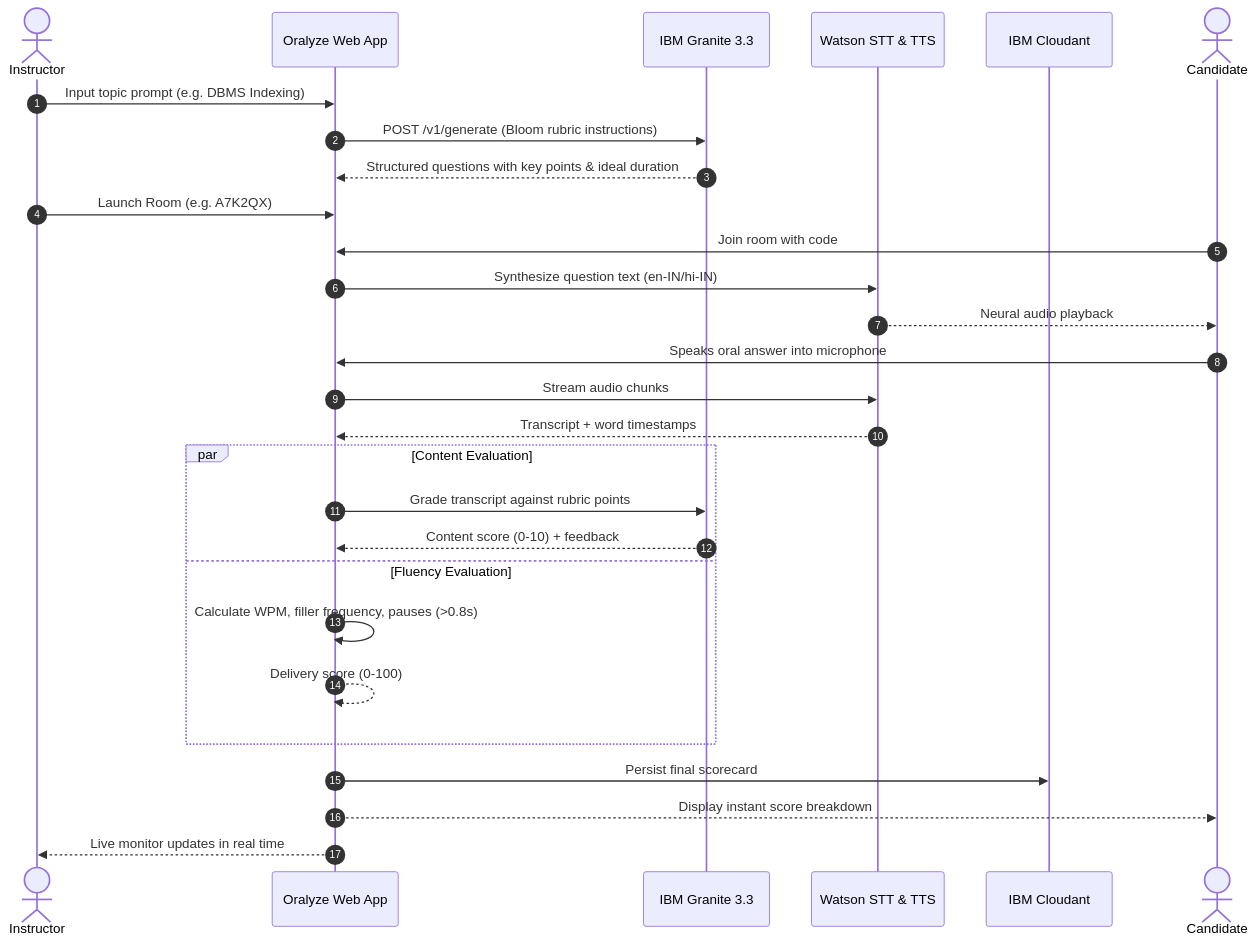
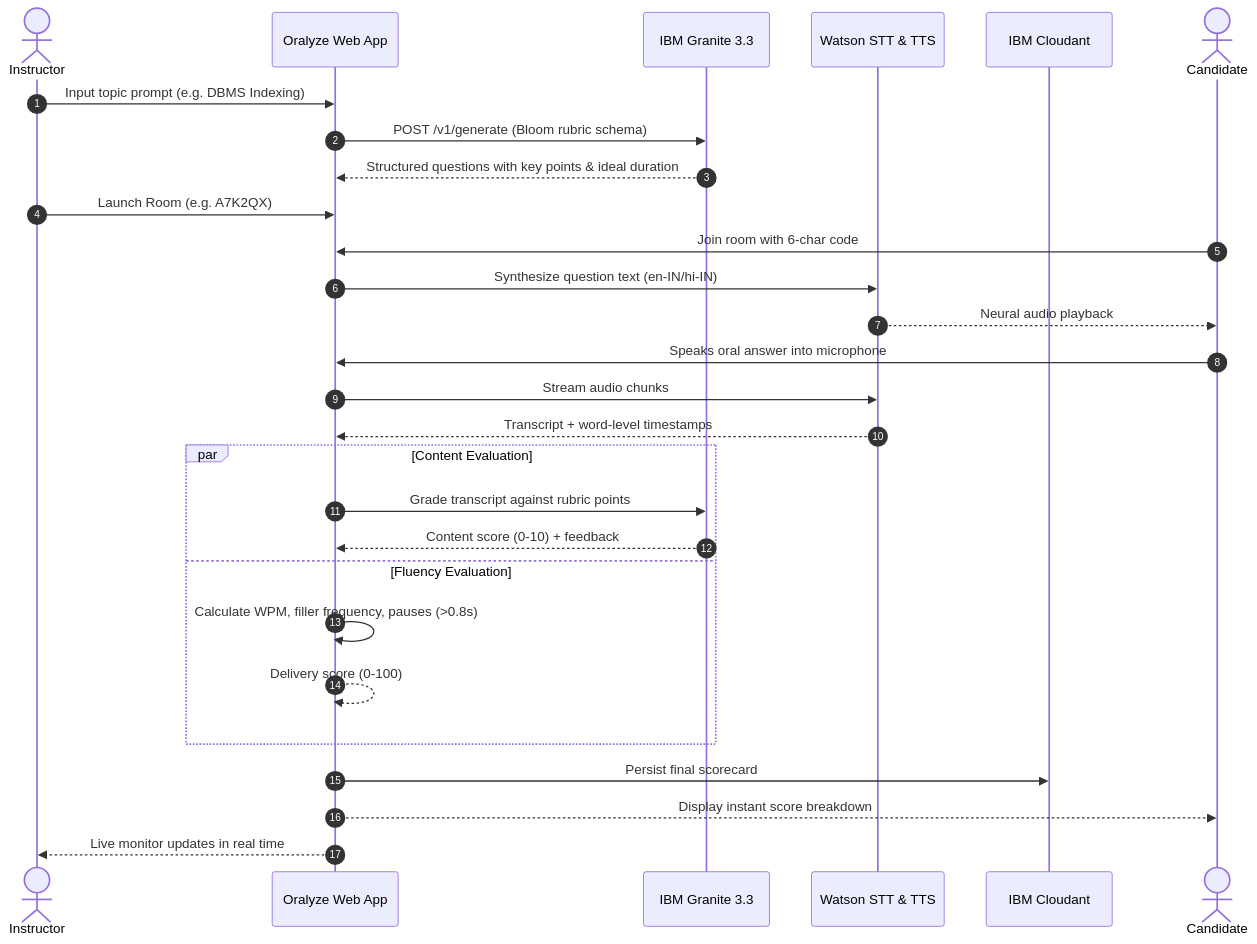
One commit to harshadabarsagade/Oralyze changed the second of 2 diagrams in README.md. Above: the diagram before and after it, drawn with Mermaid. The commit also changed other lines of this file and 2 other files, not shown here.

Commit message:
docs: improve README typography, high-visibility white logo, comprehensive tags, and SEO architecture

````diff
--- a/README.md
+++ b/README.md
@@ -94,31 +128,31 @@
 ```mermaid
 sequenceDiagram
     autonumber
     actor Teacher as Instructor
     participant Web as Oralyze Web App
     participant Granite as IBM Granite 3.3
     participant Speech as Watson STT & TTS
     participant DB as IBM Cloudant
     actor Student as Candidate
 
     Teacher->>Web: Input topic prompt (e.g. DBMS Indexing)
-    Web->>Granite: POST /v1/generate (Bloom rubric instructions)
+    Web->>Granite: POST /v1/generate (Bloom rubric schema)
     Granite-->>Web: Structured questions with key points & ideal duration
     Teacher->>Web: Launch Room (e.g. A7K2QX)
-    Student->>Web: Join room with code
+    Student->>Web: Join room with 6-char code
     Web->>Speech: Synthesize question text (en-IN/hi-IN)
     Speech-->>Student: Neural audio playback
     Student->>Web: Speaks oral answer into microphone
     Web->>Speech: Stream audio chunks
-    Speech-->>Web: Transcript + word timestamps
+    Speech-->>Web: Transcript + word-level timestamps
     par Content Evaluation
         Web->>Granite: Grade transcript against rubric points
         Granite-->>Web: Content score (0-10) + feedback
     and Fluency Evaluation
         Web->>Web: Calculate WPM, filler frequency, pauses (>0.8s)
         Web-->>Web: Delivery score (0-100)
     end
     Web->>DB: Persist final scorecard
     Web-->>Student: Display instant score breakdown
     Web-->>Teacher: Live monitor updates in real time
 ```
````
